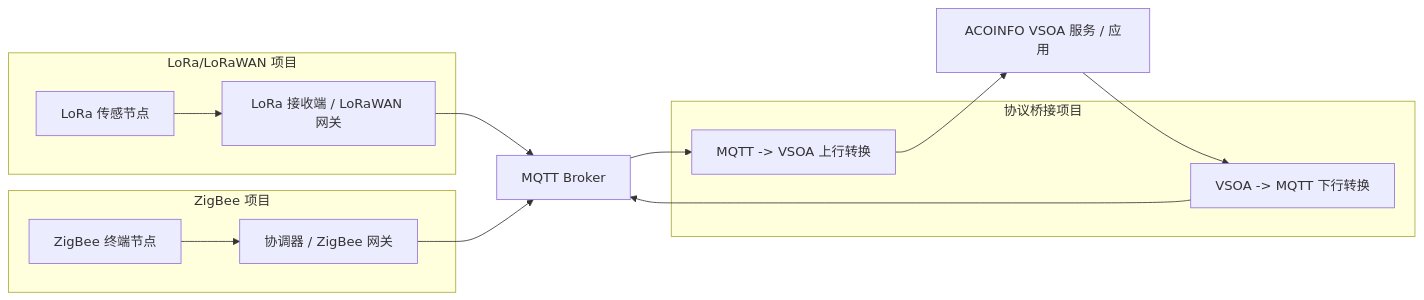
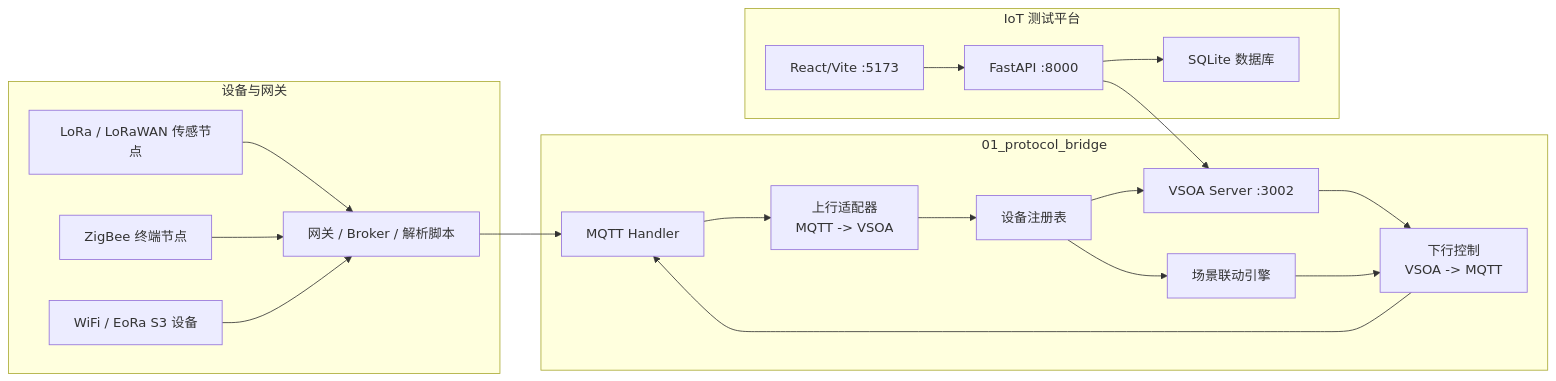
One commit to ljx000123/nuaa_acoinfo_iot_internship_repo changed the diagram in README.md. Above: the diagram before and after it, drawn with Mermaid. The commit also changed other lines of this file, not shown here.

````diff
--- a/README.md
+++ b/README.md
@@ -63,27 +59,39 @@
 ```mermaid
 flowchart LR
-    subgraph LoRa["LoRa/LoRaWAN 项目"]
-        LS["LoRa 传感节点"]
-        LG["LoRa 接收端 / LoRaWAN 网关"]
-        LS --> LG
+    subgraph Devices["设备与网关"]
+        Lora["LoRa / LoRaWAN 传感节点"]
+        Zigbee["ZigBee 终端节点"]
+        Wifi["WiFi / EoRa S3 设备"]
+        Gateway["网关 / Broker / 解析脚本"]
     end
 
-    subgraph ZigBee["ZigBee 项目"]
-        ZS["ZigBee 终端节点"]
-        ZG["协调器 / ZigBee 网关"]
-        ZS --> ZG
+    subgraph Bridge["01_protocol_bridge"]
+        MQTT["MQTT Handler"]
+        Uplink["上行适配器\nMQTT -> VSOA"]
+        Registry["设备注册表"]
+        Downlink["下行控制\nVSOA -> MQTT"]
+        Scene["场景联动引擎"]
+        VSOA["VSOA Server :3002"]
     end
 
-    LG --> MB["MQTT Broker"]
-    ZG --> MB
-
-    subgraph Bridge["协议桥接项目"]
-        UP["MQTT -> VSOA 上行转换"]
-        DOWN["VSOA -> MQTT 下行转换"]
+    subgraph Platform["IoT 测试平台"]
+        API["FastAPI :8000"]
+        Web["React/Vite :5173"]
+        DB["SQLite 数据库"]
     end
 
-    MB --> UP
-    UP --> VS["ACOINFO VSOA 服务 / 应用"]
-    VS --> DOWN
-    DOWN --> MB
+    Lora --> Gateway
+    Zigbee --> Gateway
+    Wifi --> Gateway
+    Gateway --> MQTT
+    MQTT --> Uplink
+    Uplink --> Registry
+    Registry --> VSOA
+    VSOA --> Downlink
+    Registry --> Scene
+    Scene --> Downlink
+    Downlink --> MQTT
+    API --> VSOA
+    API --> DB
+    Web --> API
 ```
````
